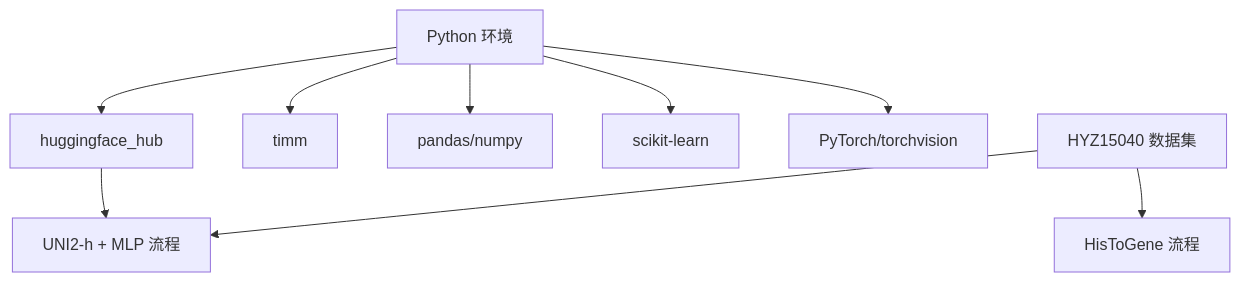
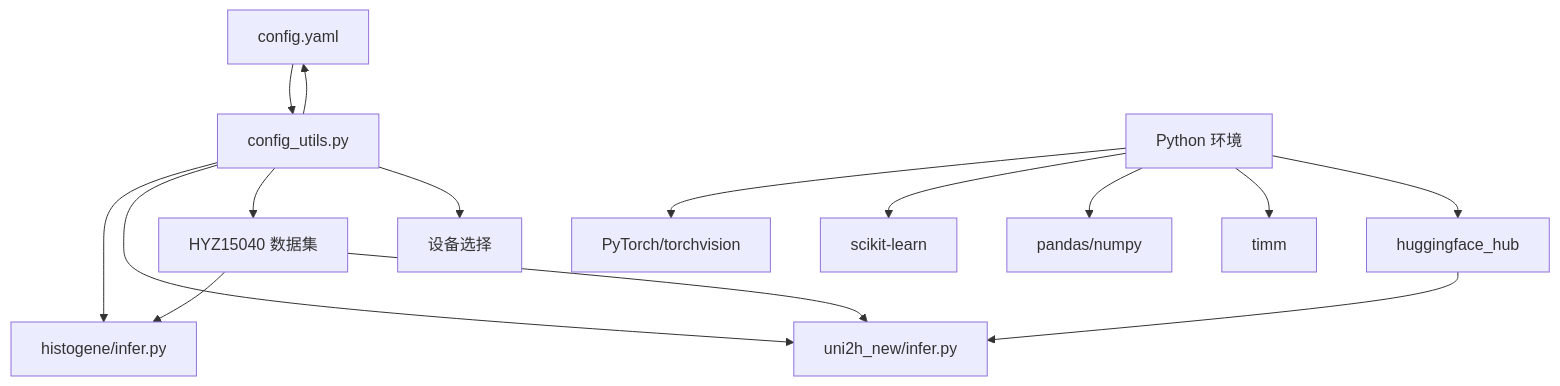
The fifth of 5 diagrams in .qoder/repowiki/zh/content/推理评估系统/推理评估系统.md (qzs610038-star/AI-esophagus-cancer-basedon-HF-HT), drawn with Mermaid before and after one commit. The commit also changed other lines of this file and 14 other files, not shown here.

````diff
--- a/.qoder/repowiki/zh/content/推理评估系统/推理评估系统.md
+++ b/.qoder/repowiki/zh/content/推理评估系统/推理评估系统.md
@@ -286,11 +321,17 @@
 ```mermaid
 graph TB
+CONFIG["config.yaml"] --> UTILS["config_utils.py"]
+UTILS --> HTG["histogene/infer.py"]
+UTILS --> U2H_NEW["uni2h_new/infer.py"]
 PY["Python 环境"] --> TORCH["PyTorch/torchvision"]
 PY --> SKLEARN["scikit-learn"]
 PY --> PD["pandas/numpy"]
 PY --> TIMM["timm"]
 PY --> HF["huggingface_hub"]
-DATA["HYZ15040 数据集"] --> HTG["HisToGene 流程"]
-DATA --> U2H["UNI2-h + MLP 流程"]
-HF --> U2H
+DATA["HYZ15040 数据集"] --> HTG
+DATA --> U2H_NEW
+HF --> U2H_NEW
+UTILS --> CONFIG
+UTILS --> DATA
+UTILS --> DEVICE["设备选择"]
 ```
````
